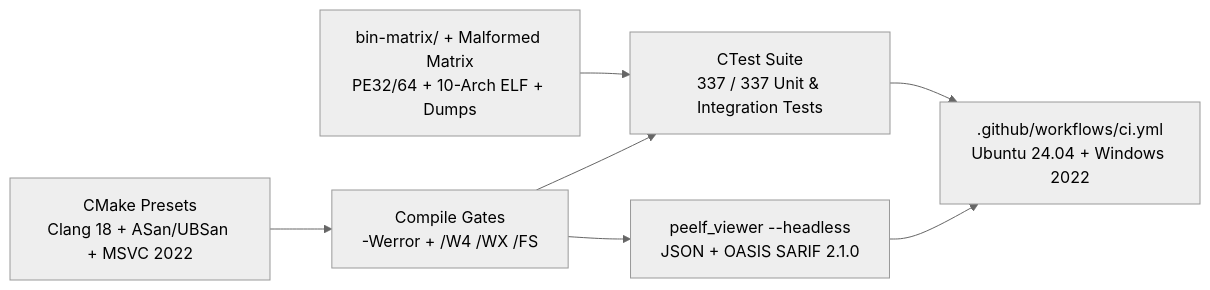
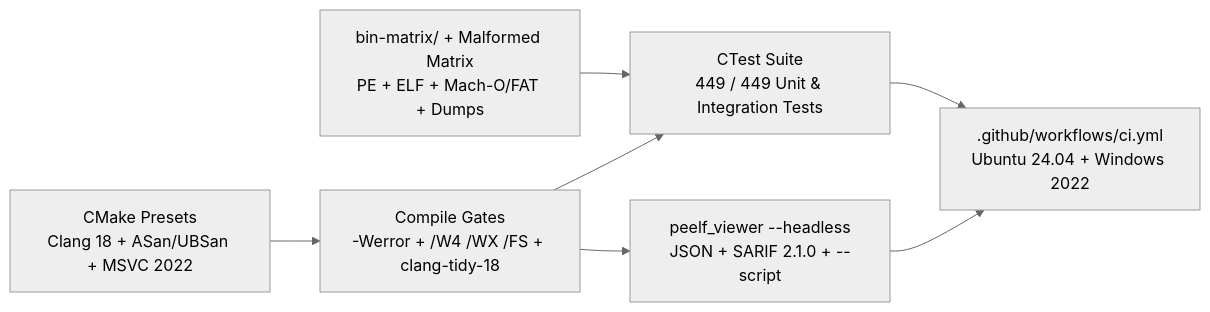
One commit to wsollers/exe_viewer changed the seventh of 7 diagrams in docs/ARCHITECTURE.md. Above: the diagram before and after it, drawn with Mermaid (neutral theme). The commit also changed other lines of this file and 19 other files, not shown here.

First line of the commit message:
WU-28b: Add docked Scripting console, headless --script CLI, and WU-21..WU-28 docs

````diff
--- a/docs/ARCHITECTURE.md
+++ b/docs/ARCHITECTURE.md
@@ -196,16 +211,16 @@
 ```mermaid
 flowchart LR
-    matrix["bin-matrix/ + Malformed Matrix<br/>PE32/64 + 10-Arch ELF + Dumps"]
+    matrix["bin-matrix/ + Malformed Matrix<br/>PE + ELF + Mach-O/FAT + Dumps"]
     presets["CMake Presets<br/>Clang 18 + ASan/UBSan + MSVC 2022"]
-    gates["Compile Gates<br/>-Werror + /W4 /WX /FS"]
-    ctest["CTest Suite<br/>337 / 337 Unit & Integration Tests"]
-    headless["peelf_viewer --headless<br/>JSON + OASIS SARIF 2.1.0"]
+    gates["Compile Gates<br/>-Werror + /W4 /WX /FS + clang-tidy-18"]
+    ctest["CTest Suite<br/>449 / 449 Unit & Integration Tests"]
+    headless["peelf_viewer --headless<br/>JSON + SARIF 2.1.0 + --script"]
     gha[".github/workflows/ci.yml<br/>Ubuntu 24.04 + Windows 2022"]
 
     matrix --> ctest
     presets --> gates
     gates --> ctest
     gates --> headless
     ctest --> gha
     headless --> gha
 ```
````
